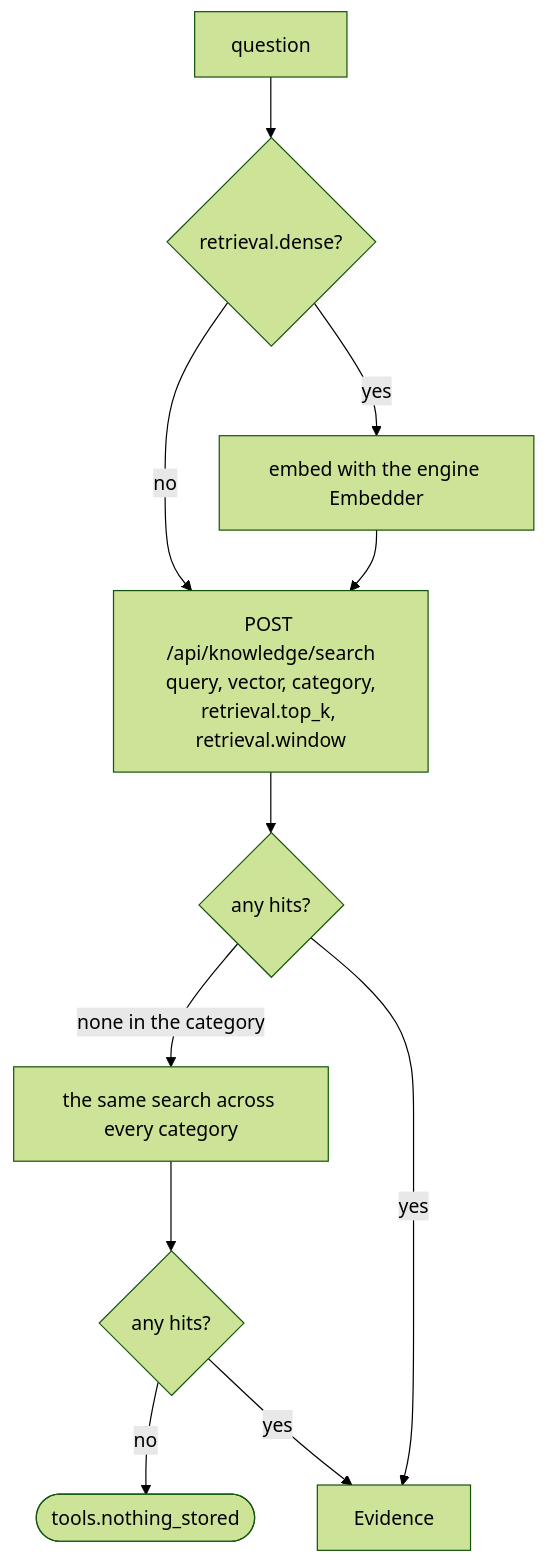
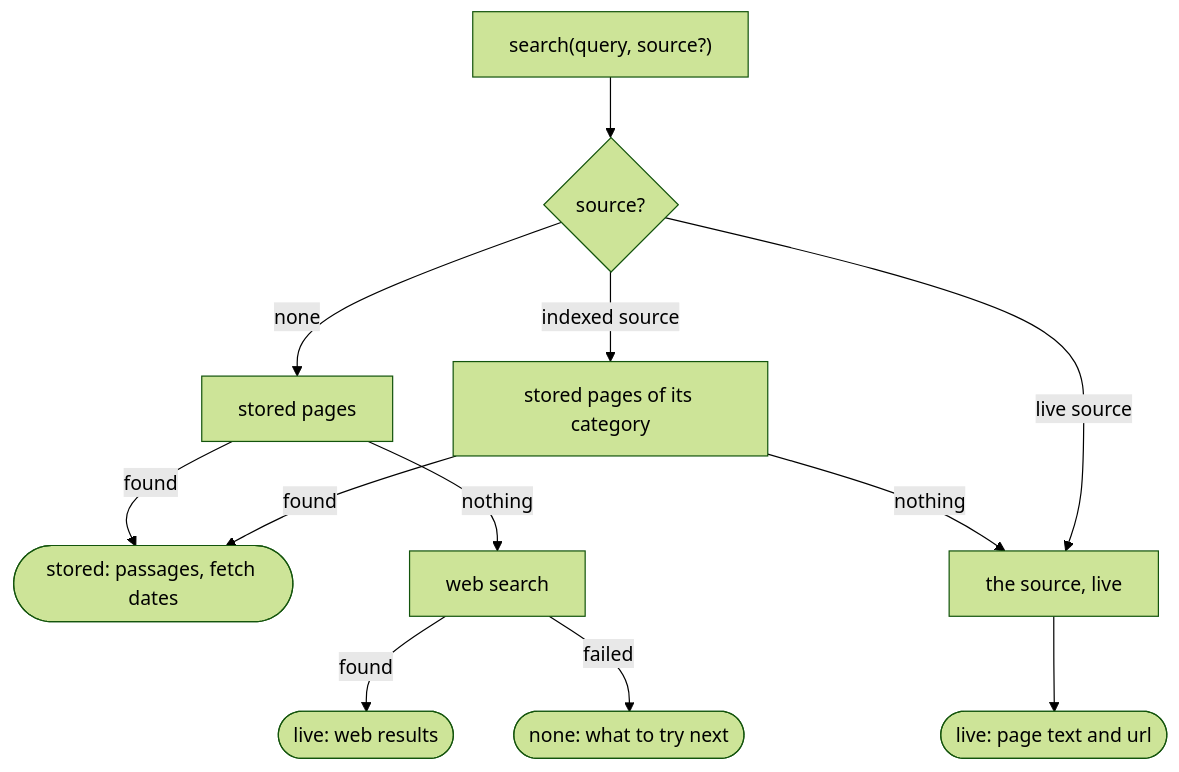
One commit to theaisocietyasu/sparky changed the eighth of 10 diagrams in docs/ARCHITECTURE.md. Above: the diagram before and after it, drawn with Mermaid (forest theme). The commit also changed other lines of this file and 92 other files, not shown here.

````diff
--- a/docs/ARCHITECTURE.md
+++ b/docs/ARCHITECTURE.md
@@ -602,13 +576,14 @@
 ```mermaid
 flowchart TD
-    Q["question"] --> DENSE{"retrieval.dense?"}
-    DENSE -->|yes| EMB["embed with the engine Embedder"]
-    DENSE -->|no| REQ
-    EMB --> REQ["POST /api/knowledge/search<br/>query, vector, category,<br/>retrieval.top_k, retrieval.window"]
-    REQ --> HITS{"any hits?"}
-    HITS -->|"none in the category"| BROAD["the same search across every category"]
-    BROAD --> HITS2{"any hits?"}
-    HITS2 -->|no| EMPTY(["tools.nothing_stored"])
-    HITS2 -->|yes| EV
-    HITS -->|yes| EV["Evidence"]
+    Q["search(query, source?)"] --> S{"source?"}
+    S -->|none| ST["stored pages"]
+    ST -->|found| A1(["stored: passages, fetch dates"])
+    ST -->|nothing| WEB["web search"]
+    WEB -->|found| A2(["live: web results"])
+    WEB -->|failed| A3(["none: what to try next"])
+    S -->|"indexed source"| STC["stored pages of its category"]
+    STC -->|found| A1
+    STC -->|nothing| LIVE["the source, live"]
+    S -->|"live source"| LIVE
+    LIVE --> A4(["live: page text and url"])
 ```
````
